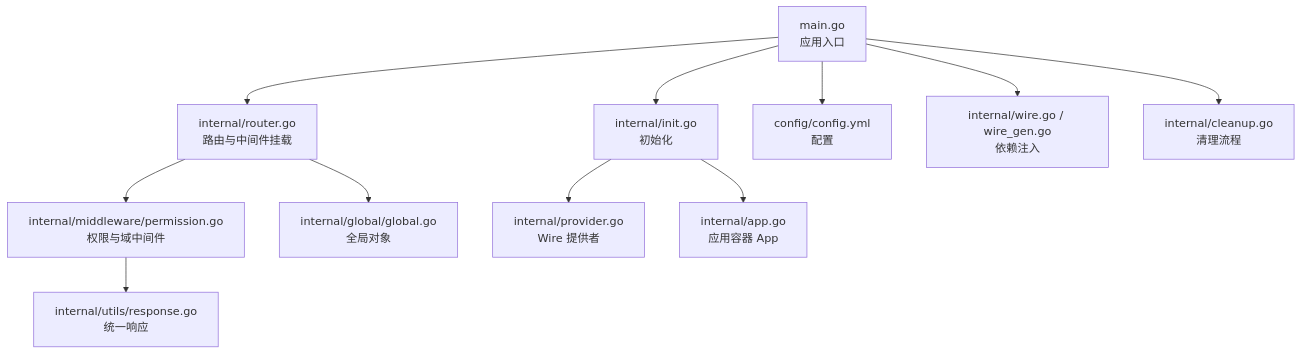
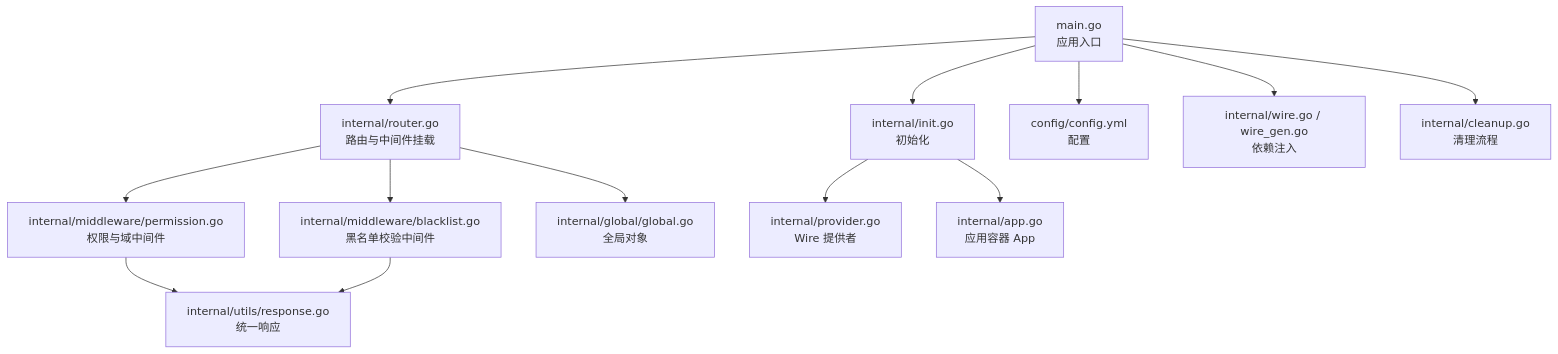
The first of 7 diagrams in .qoder/repowiki/zh/content/中间件系统/中间件架构设计.md (wuwuseo/e-sports-go-admin), drawn with Mermaid before and after one commit. The commit also changed other lines of this file and 42 other files, not shown here.

````diff
--- a/.qoder/repowiki/zh/content/中间件系统/中间件架构设计.md
+++ b/.qoder/repowiki/zh/content/中间件系统/中间件架构设计.md
@@ -48,13 +50,15 @@
 ```mermaid
 graph TB
 A["main.go<br/>应用入口"] --> B["internal/router.go<br/>路由与中间件挂载"]
 B --> C["internal/middleware/permission.go<br/>权限与域中间件"]
+B --> C2["internal/middleware/blacklist.go<br/>黑名单校验中间件"]
 C --> D["internal/utils/response.go<br/>统一响应"]
+C2 --> D
 B --> E["internal/global/global.go<br/>全局对象"]
 A --> F["internal/init.go<br/>初始化"]
 F --> G["internal/provider.go<br/>Wire 提供者"]
 F --> H["internal/app.go<br/>应用容器 App"]
 A --> I["config/config.yml<br/>配置"]
 A --> J["internal/wire.go / wire_gen.go<br/>依赖注入"]
 A --> K["internal/cleanup.go<br/>清理流程"]
 ```
````
